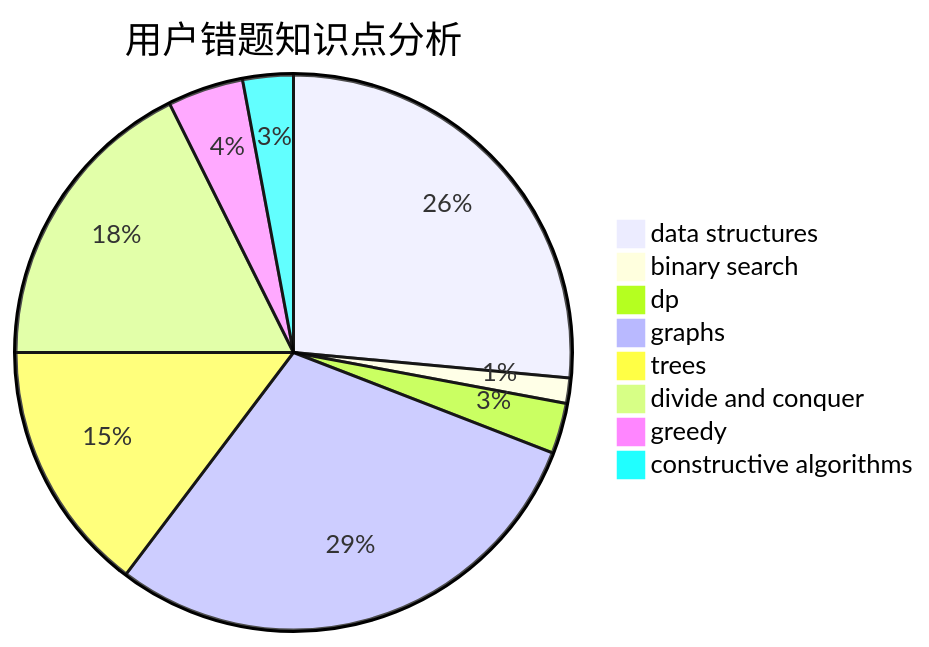
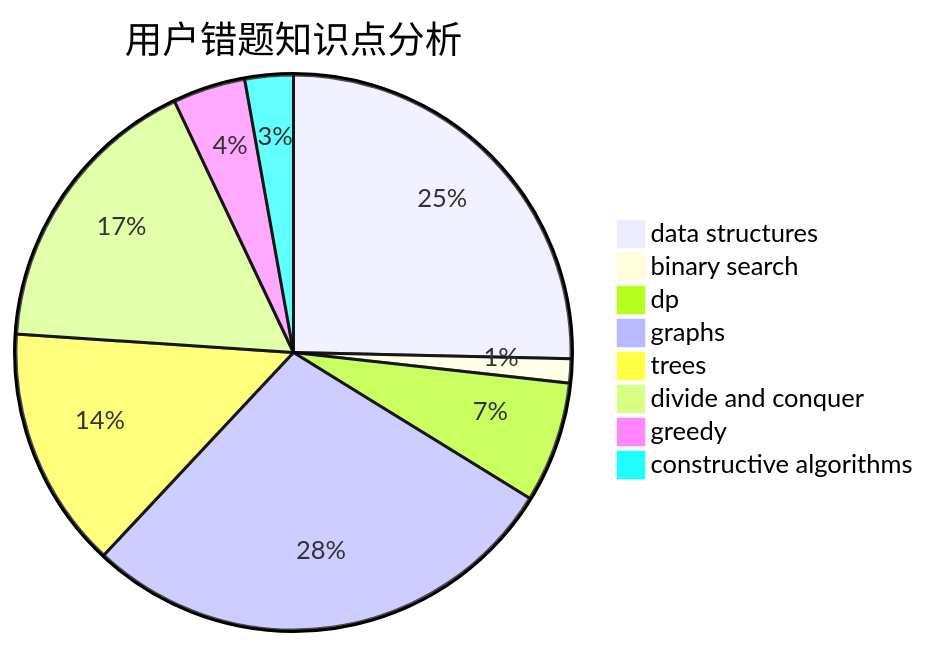
Before and after one commit to sherpahu/cfrs.github.io: the third of 3 diagrams in docs/user/u1428.md, drawn with Mermaid. The commit also changed other lines of this file and 2770 other files, not shown here.

````diff
--- a/docs/user/u1428.md
+++ b/docs/user/u1428.md
@@ -36,11 +36,11 @@
 ```mermaid
 pie title 用户错题知识点分析
     "data structures" :  18
     "binary search" :  1
-    "dp" :  2
+    "dp" :  5
     "graphs" :  20
     "trees" :  10
     "divide and conquer" :  12
     "greedy" :  3
     "constructive algorithms" :  2
 ```
````
